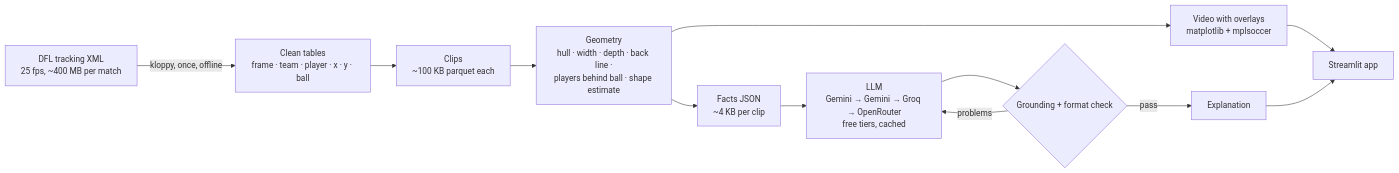
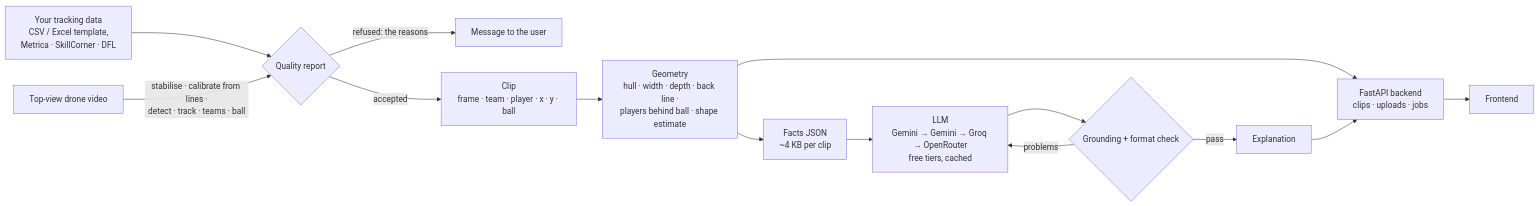
One commit to Mohitoo6/football-tactical-replay changed the diagram in README.md. Above: the diagram before and after it, drawn with Mermaid. The commit also changed other lines of this file and 2 other files, not shown here.

Commit message:
Backend final touch: README sections for uploads and the API, D32, Phase 9, API tests in CI

````diff
--- a/README.md
+++ b/README.md
@@ -30,14 +30,16 @@
 ```mermaid
 flowchart LR
-    A[DFL tracking XML<br/>25 fps, ~400 MB per match] -->|kloppy, once, offline| B[Clean tables<br/>frame · team · player · x · y · ball]
-    B --> C[Clips<br/>~100 KB parquet each]
+    U1[Your tracking data<br/>CSV / Excel template,<br/>Metrica · SkillCorner · DFL] --> Q{Quality report}
+    U2[Top-view drone video] -->|stabilise · calibrate from lines ·<br/>detect · track · teams · ball| Q
+    Q -->|refused: the reasons| R[Message to the user]
+    Q -->|accepted| C[Clip<br/>frame · team · player · x · y · ball]
     C --> D[Geometry<br/>hull · width · depth · back line ·<br/>players behind ball · shape estimate]
-    D --> E[Video with overlays<br/>matplotlib + mplsoccer]
     D --> F[Facts JSON<br/>~4 KB per clip]
     F --> G[LLM<br/>Gemini → Gemini → Groq → OpenRouter<br/>free tiers, cached]
     G --> H{Grounding + format check}
     H -->|problems| G
     H -->|pass| I[Explanation]
-    E --> J[Streamlit app]
-    I --> J
+    D --> API[FastAPI backend<br/>clips · uploads · jobs]
+    I --> API
+    API --> FE[Frontend]
 ```
````
